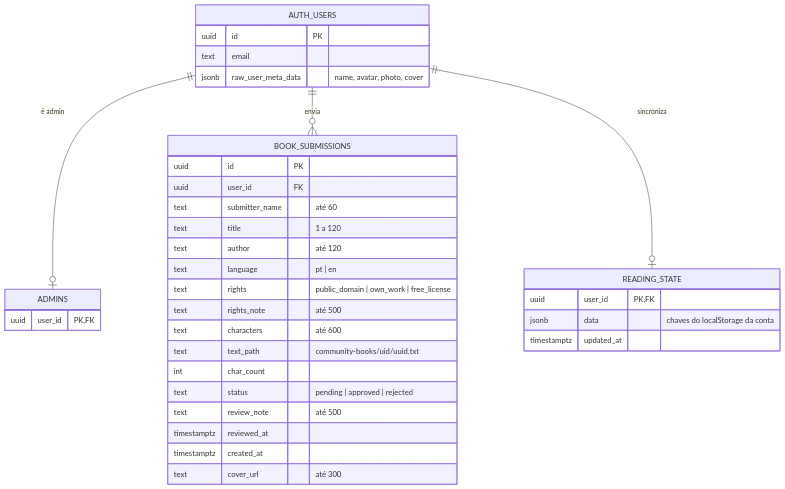
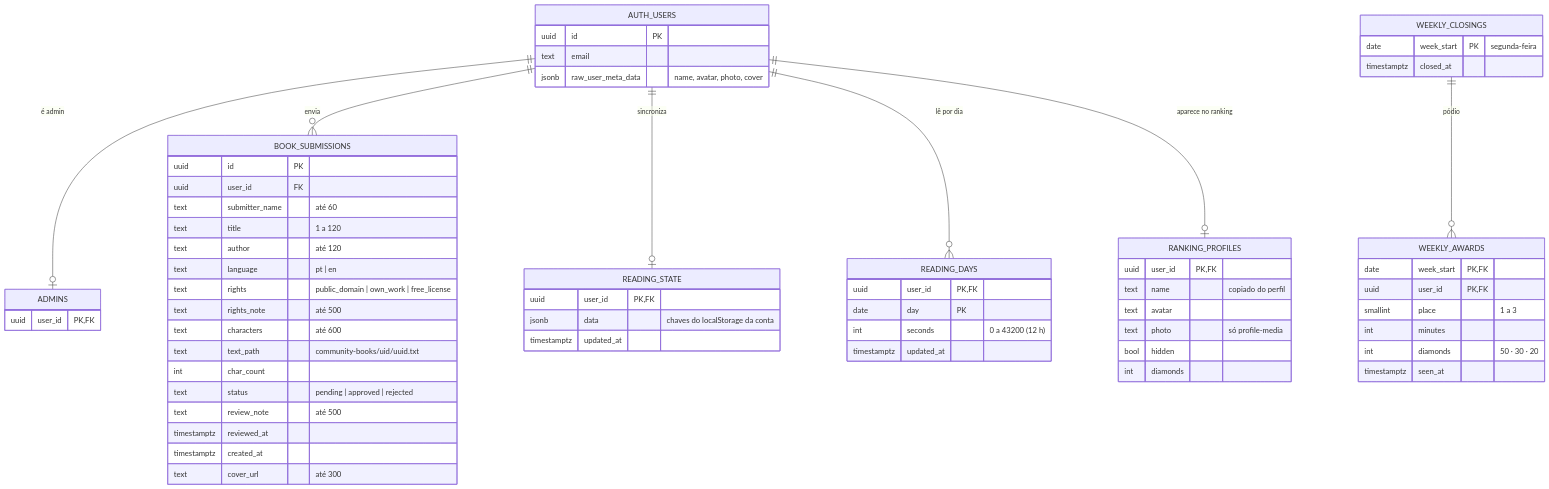
Diagram 14 of 14 in docs/ARQUITETURA.md (axyonsoftwarehouse/story-verse-web), drawn with Mermaid before and after one commit. The commit also changed other lines of this file and 5 other files, not shown here.

First line of the commit message:
feat(ranking): ranking semanal dos leitores com pódio e diamantes

````diff
--- a/docs/ARQUITETURA.md
+++ b/docs/ARQUITETURA.md
@@ -457,38 +458,67 @@
 ```mermaid
 erDiagram
   AUTH_USERS ||--o| ADMINS : "é admin"
   AUTH_USERS ||--o{ BOOK_SUBMISSIONS : "envia"
   AUTH_USERS ||--o| READING_STATE : "sincroniza"
+  AUTH_USERS ||--o{ READING_DAYS : "lê por dia"
+  AUTH_USERS ||--o| RANKING_PROFILES : "aparece no ranking"
+  WEEKLY_CLOSINGS ||--o{ WEEKLY_AWARDS : "pódio"
 
   AUTH_USERS {
     uuid id PK
     text email
     jsonb raw_user_meta_data "name, avatar, photo, cover"
   }
   ADMINS {
     uuid user_id PK,FK
   }
   BOOK_SUBMISSIONS {
     uuid id PK
     uuid user_id FK
     text submitter_name "até 60"
     text title "1 a 120"
     text author "até 120"
     text language "pt | en"
     text rights "public_domain | own_work | free_license"
     text rights_note "até 500"
     text characters "até 600"
     text text_path "community-books/uid/uuid.txt"
     int char_count
     text status "pending | approved | rejected"
     text review_note "até 500"
     timestamptz reviewed_at
     timestamptz created_at
     text cover_url "até 300"
   }
   READING_STATE {
     uuid user_id PK,FK
     jsonb data "chaves do localStorage da conta"
     timestamptz updated_at
   }
+  READING_DAYS {
+    uuid user_id PK,FK
+    date day PK
+    int seconds "0 a 43200 (12 h)"
+    timestamptz updated_at
+  }
+  RANKING_PROFILES {
+    uuid user_id PK,FK
+    text name "copiado do perfil"
+    text avatar
+    text photo "só profile-media"
+    bool hidden
+    int diamonds
+  }
+  WEEKLY_CLOSINGS {
+    date week_start PK "segunda-feira"
+    timestamptz closed_at
+  }
+  WEEKLY_AWARDS {
+    date week_start PK,FK
+    uuid user_id PK,FK
+    smallint place "1 a 3"
+    int minutes
+    int diamonds "50 · 30 · 20"
+    timestamptz seen_at
+  }
 ```
````
